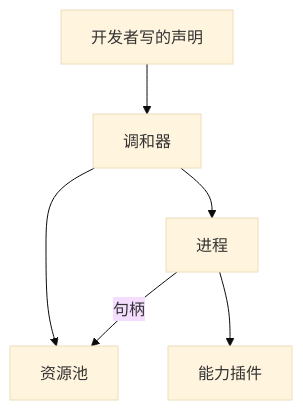
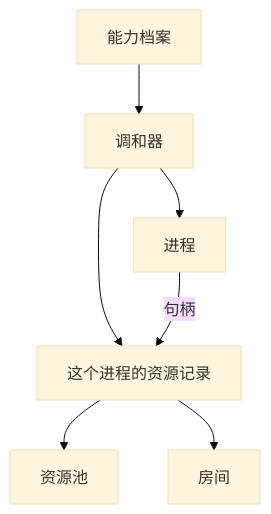
One commit to answeryt/Linope changed the diagram in kernel/process/README.md. Above: the diagram before and after it, drawn with Mermaid (base theme). The commit also changed other lines of this file and 275 other files, not shown here.

````diff
--- a/kernel/process/README.md
+++ b/kernel/process/README.md
@@ -35,8 +35,9 @@
 ```mermaid
 flowchart TD
-  decl[开发者写的声明] --> reconciler[调和器]
-  reconciler --> pool[资源池]
+  decl[能力档案] --> reconciler[调和器]
+  reconciler --> record[这个进程的资源记录]
+  record --> pool[资源池]
+  record --> room[房间]
   reconciler --> proc[进程]
-  proc --> plugin[能力插件]
-  proc -->|句柄| pool
+  proc -->|句柄| record
 ```
````
